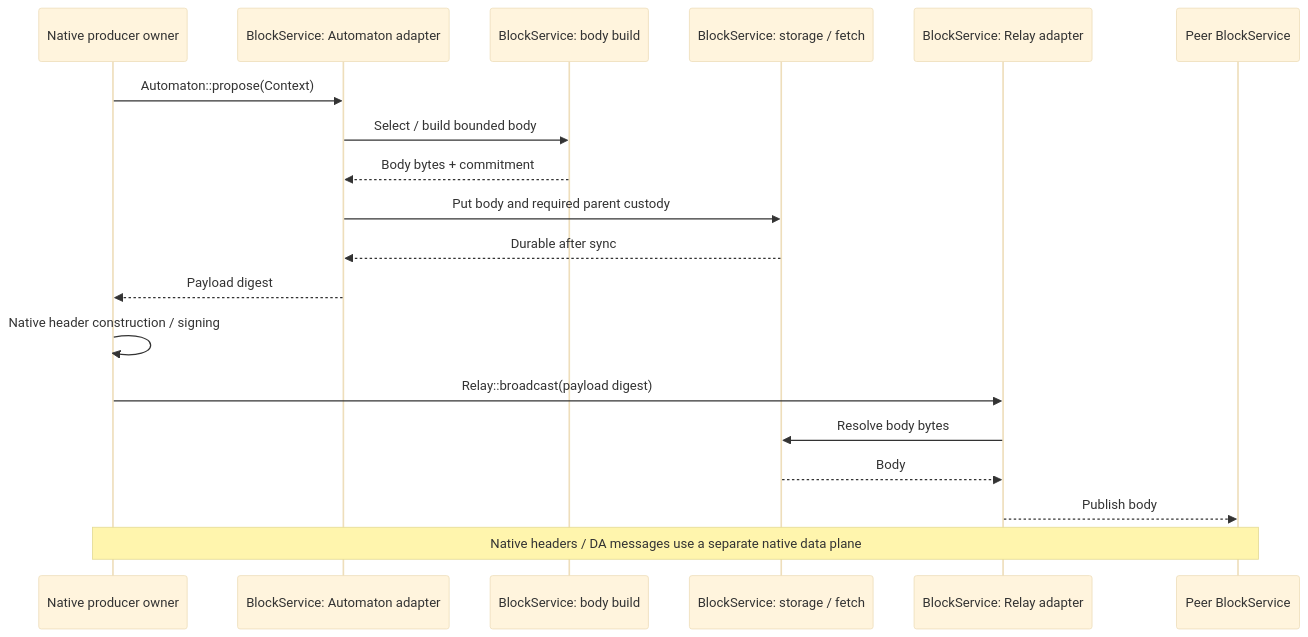
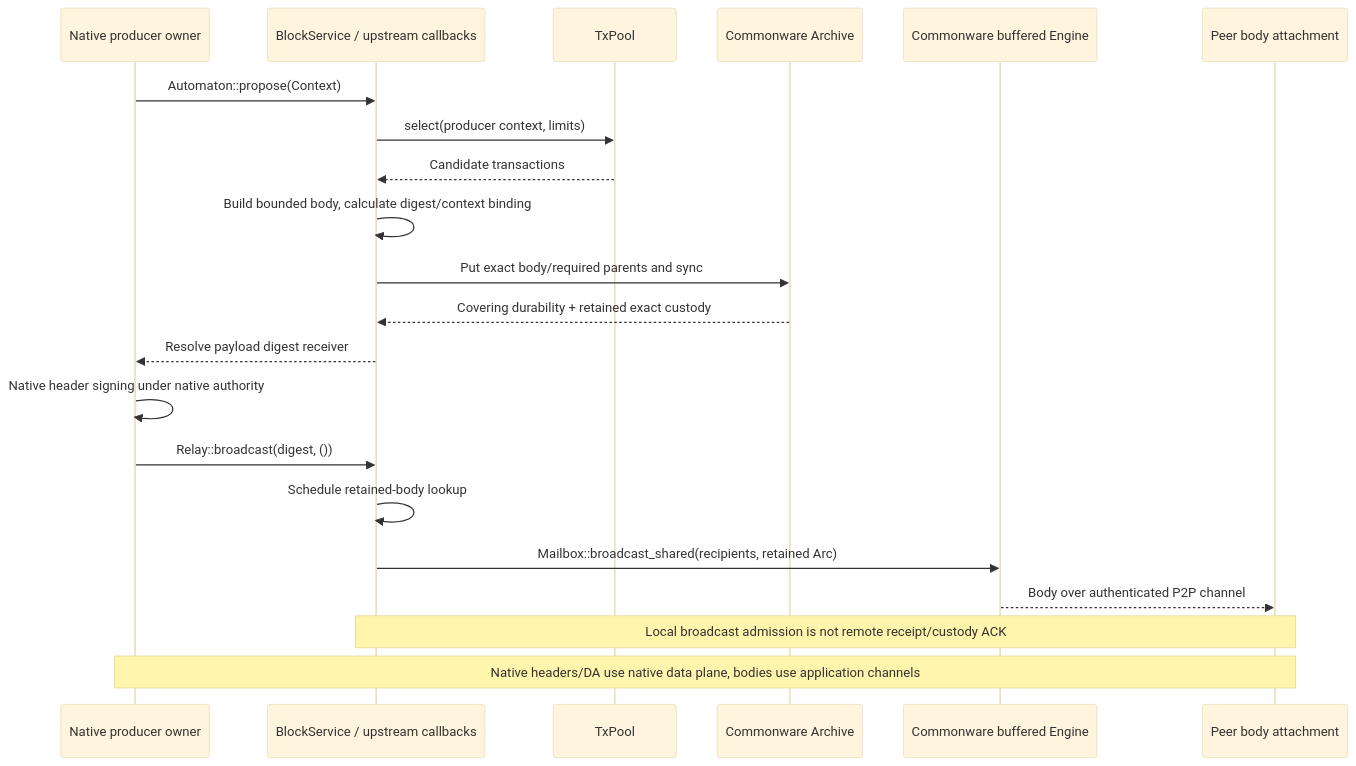
One commit to djm07073/baton-research changed the first of 2 diagrams in docs/e2e/block-body.md. Above: the diagram before and after it, drawn with Mermaid (base theme). The commit also changed other lines of this file and 405 other files, not shown here.

Commit message:
Document real-chain Commonware reuse and execution storage boundaries

````diff
--- a/docs/e2e/block-body.md
+++ b/docs/e2e/block-body.md
@@ -7,21 +7,23 @@
 ```mermaid
 sequenceDiagram
     participant N as Native producer owner
-    participant A as BlockService: Automaton adapter
-    participant P as BlockService: body build
-    participant S as BlockService: storage / fetch
-    participant R as BlockService: Relay adapter
-    participant V as Peer BlockService
+    participant A as BlockService / upstream callbacks
+    participant T as TxPool
+    participant S as Commonware Archive
+    participant D as Commonware buffered Engine
+    participant V as Peer body attachment
     N->>A: Automaton::propose(Context)
-    A->>P: Select / build bounded body
-    P-->>A: Body bytes + commitment
-    A->>S: Put body and required parent custody
-    S-->>A: Durable after sync
-    A-->>N: Payload digest
-    N->>N: Native header construction / signing
-    N->>R: Relay::broadcast(payload digest)
-    R->>S: Resolve body bytes
-    S-->>R: Body
-    R-->>V: Publish body
-    Note over N,V: Native headers / DA messages use a separate native data plane
+    A->>T: select(producer context, limits)
+    T-->>A: Candidate transactions
+    A->>A: Build bounded body, calculate digest/context binding
+    A->>S: Put exact body/required parents and sync
+    S-->>A: Covering durability + retained exact custody
+    A-->>N: Resolve payload digest receiver
+    N->>N: Native header signing under native authority
+    N->>A: Relay::broadcast(digest, ())
+    A->>A: Schedule retained-body lookup
+    A->>D: Mailbox::broadcast_shared(recipients, retained Arc)
+    D-->>V: Body over authenticated P2P channel
+    Note over A,V: Local broadcast admission is not remote receipt/custody ACK
+    Note over N,V: Native headers/DA use native data plane, bodies use application channels
 ```
````
